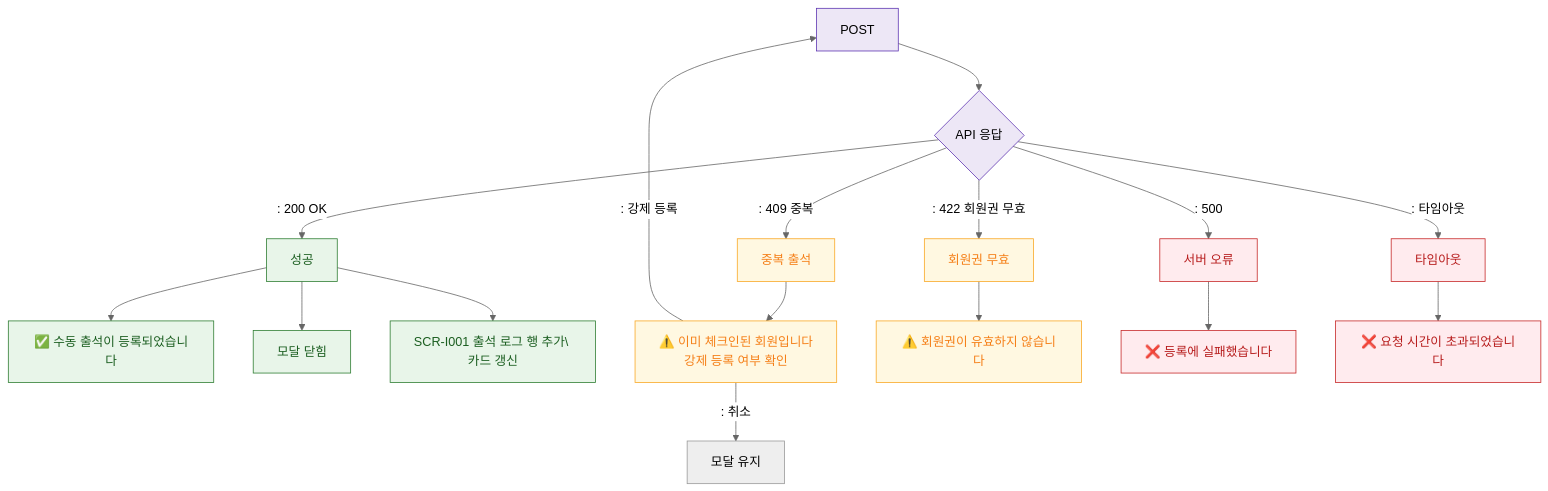
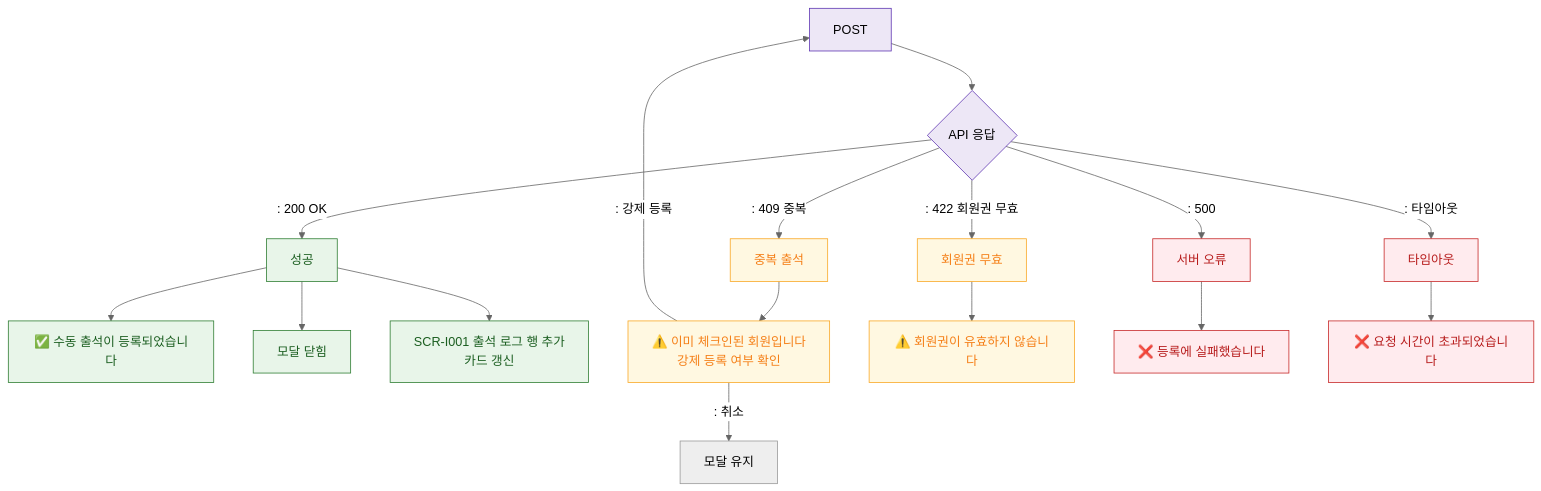
The diagram in docs/admin/다이어그램/D11_통합운영/DLG/DLG-I001_수동출석등록/M3_결과분기.md (dev-spogym/admin-pando), drawn with Mermaid (neutral theme) before and after one commit. The commit also changed 369 other files, not shown here.

````diff
--- a/docs/admin/다이어그램/D11_통합운영/DLG/DLG-I001_수동출석등록/M3_결과분기.md
+++ b/docs/admin/다이어그램/D11_통합운영/DLG/DLG-I001_수동출석등록/M3_결과분기.md
@@ -14,31 +14,31 @@
 ```mermaid
 flowchart TD
     API[POST] --> RESP{API 응답}
 
     RESP -->|": 200 OK"|OK[성공]
     RESP -->|": 409 중복"|DUP[중복 출석]
     RESP -->|": 422 회원권 무효"|INVALID[회원권 무효]
     RESP -->|": 500"|SERVER_ERR[서버 오류]
     RESP -->|": 타임아웃"|TIMEOUT[타임아웃]
 
     OK --> TOAST_OK[✅ 수동 출석이 등록되었습니다]
     OK --> CLOSE[모달 닫힘]
-    OK --> PARENT_UPDATE[SCR-I001 출석 로그 행 추가\ 카드 갱신]
+    OK --> PARENT_UPDATE[SCR-I001 출석 로그 행 추가<br/> 카드 갱신]
 
     DUP --> WARN[⚠️ 이미 체크인된 회원입니다\n강제 등록 여부 확인]
     WARN -->|": 강제 등록"|API
     WARN -->|": 취소"|FORM[모달 유지]
 
     INVALID --> TOAST_WARN[⚠️ 회원권이 유효하지 않습니다]
     SERVER_ERR --> TOAST_ERR[❌ 등록에 실패했습니다]
     TIMEOUT --> TOAST_TIMEOUT[❌ 요청 시간이 초과되었습니다]
 
     classDef system fill:#EDE7F6,stroke:#5E35B2
     classDef success fill:#E8F5E9,stroke:#2E7D32,color:#1B5E20
     classDef error fill:#FFEBEE,stroke:#C62828,color:#B71C1C
     classDef warning fill:#FFF8E1,stroke:#F9A825,color:#F57F17
     class API,RESP system
     class OK,TOAST_OK,CLOSE,PARENT_UPDATE success
     class DUP,WARN,INVALID,TOAST_WARN warning
     class SERVER_ERR,TIMEOUT,TOAST_ERR,TOAST_TIMEOUT error
 ```
````
